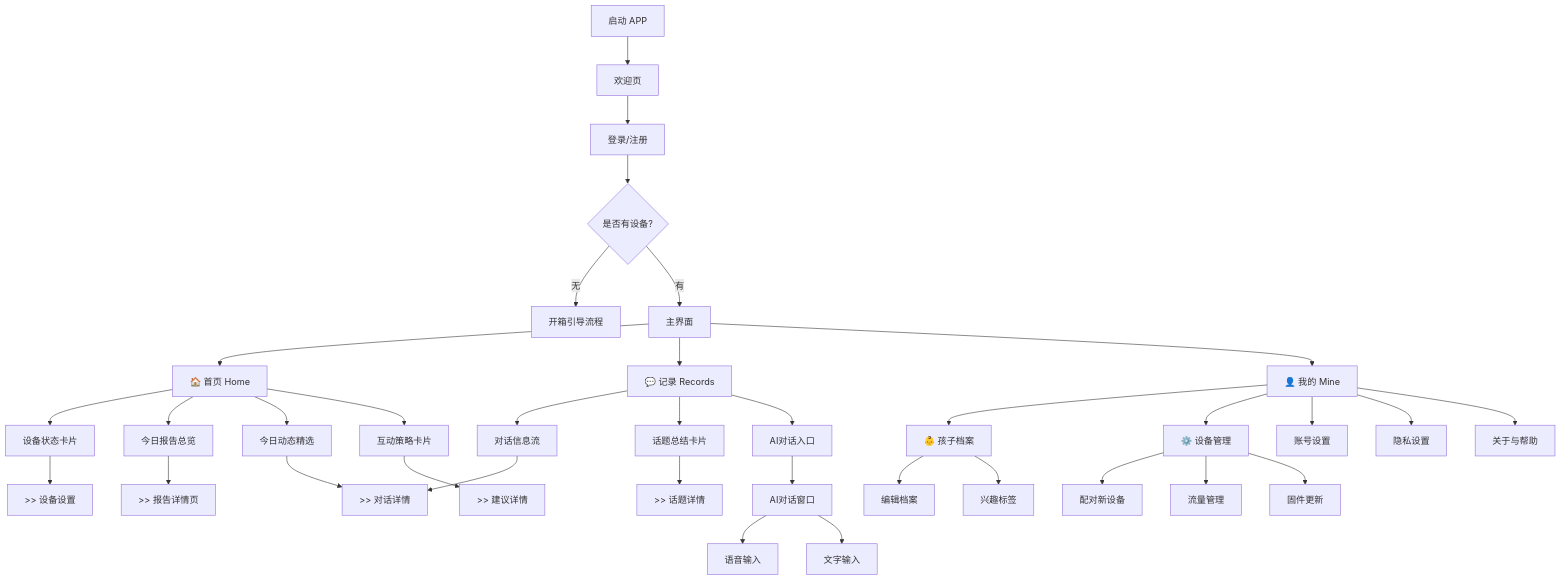
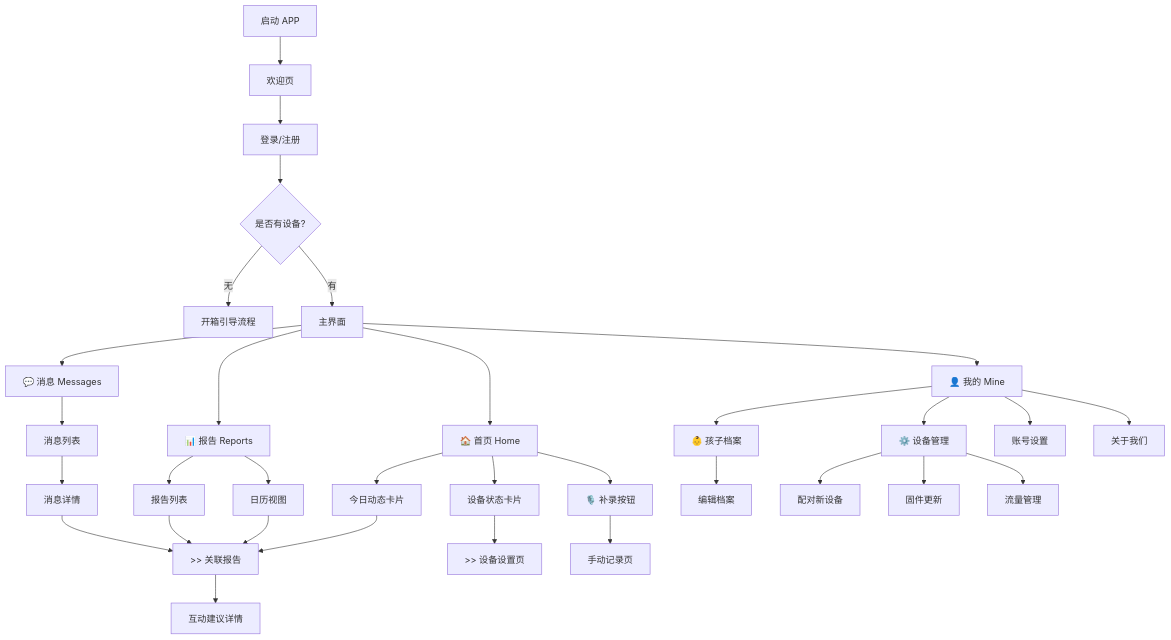
The first of 3 diagrams in docs/07-app-design/03-information-architecture.md (YZxyzz/Little-star), drawn with Mermaid before and after one commit. The commit also changed other lines of this file and 4 other files, not shown here.

````diff
--- a/docs/07-app-design/03-information-architecture.md
+++ b/docs/07-app-design/03-information-architecture.md
@@ -52,52 +27,47 @@
 ```mermaid
 graph TD
     %% 启动流程
     Launch[启动 APP] --> Splash[欢迎页]
     Splash --> Login[登录/注册]
     Login --> Setup{是否有设备?}
     Setup -- 无 --> Onboarding[开箱引导流程]
     Setup -- 有 --> Main[主界面]
 
-    %% 主界面结构 - 3 Tab
+    %% 主界面结构
     Main --> Tab1[🏠 首页 Home]
-    Main --> Tab2[💬 记录 Records]
-    Main --> Tab3[👤 我的 Mine]
+    Main --> Tab2[📊 报告 Reports]
+    Main --> Tab3[💬 消息 Messages]
+    Main --> Tab4[👤 我的 Mine]
 
     %% Tab 1: 首页
-    Tab1 --> DeviceStatus[设备状态卡片]
-    Tab1 --> ReportSummary[今日报告总览]
-    Tab1 --> TodayHighlights[今日动态精选]
-    Tab1 --> InteractionTips[互动策略卡片]
+    Tab1 --> Status[设备状态卡片]
+    Tab1 --> TodayCard[今日动态卡片]
+    TodayCard --> ReportDetail[>> 报告详情页]
+    Status --> DeviceSettings[>> 设备设置页]
+    Tab1 --> RecordBtn[🎙️ 补录按钮]
+    RecordBtn --> ManualRecord[手动记录页]
+
+    %% Tab 2: 报告
+    Tab2 --> Calendar[日历视图]
+    Tab2 --> ReportList[报告列表]
+    Calendar --> ReportDetail
+    ReportList --> ReportDetail
+    ReportDetail --> SuggestionDetail[互动建议详情]
+
+    %% Tab 3: 消息
+    Tab3 --> MsgList[消息列表]
+    MsgList --> MsgDetail[消息详情]
+    MsgDetail --> ReportDetail[>> 关联报告]
+
+    %% Tab 4: 我的
+    Tab4 --> ChildProfile[👶 孩子档案]
+    Tab4 --> DeviceMgmt[⚙️ 设备管理]
+    Tab4 --> Account[账号设置]
+    Tab4 --> About[关于我们]
     
-    ReportSummary --> ReportDetail[>> 报告详情页]
-    TodayHighlights --> RecordDetail[>> 对话详情]
-    InteractionTips --> TipDetail[>> 建议详情]
-    DeviceStatus --> DeviceSettings[>> 设备设置]
-
-    %% Tab 2: 记录（核心交互区）
-    Tab2 --> ConversationFeed[对话信息流]
-    Tab2 --> TopicSummary[话题总结卡片]
-    Tab2 --> AIChat[AI对话入口]
-    
-    ConversationFeed --> RecordDetail
-    TopicSummary --> TopicDetail[>> 话题详情]
-    AIChat --> ChatWindow[AI对话窗口]
-    
-    %% AI对话 - 最了解孩子的AI
-    ChatWindow --> VoiceInput[语音输入]
-    ChatWindow --> TextInput[文字输入]
-
-    %% Tab 3: 我的
-    Tab3 --> ChildProfile[👶 孩子档案]
-    Tab3 --> DeviceMgmt[⚙️ 设备管理]
-    Tab3 --> AccountSettings[账号设置]
-    Tab3 --> PrivacySettings[隐私设置]
-    Tab3 --> About[关于与帮助]
-    
-    %% 二级页面
+    %% 二级核心页面
     ChildProfile --> EditProfile[编辑档案]
-    ChildProfile --> InterestTags[兴趣标签]
     DeviceMgmt --> Pairing[配对新设备]
+    DeviceMgmt --> FWUpdate[固件更新]
     DeviceMgmt --> DataPlan[流量管理]
-    DeviceMgmt --> FWUpdate[固件更新]
 ```
````
